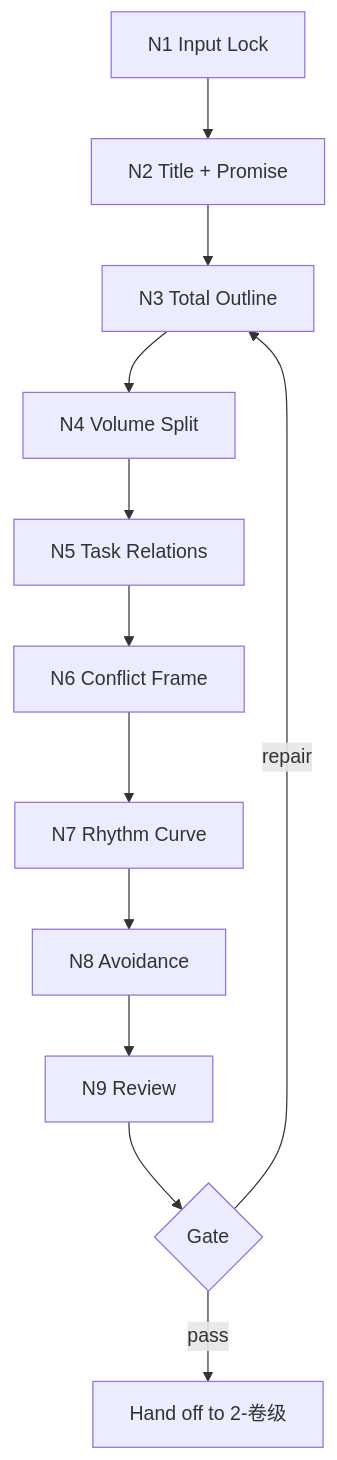
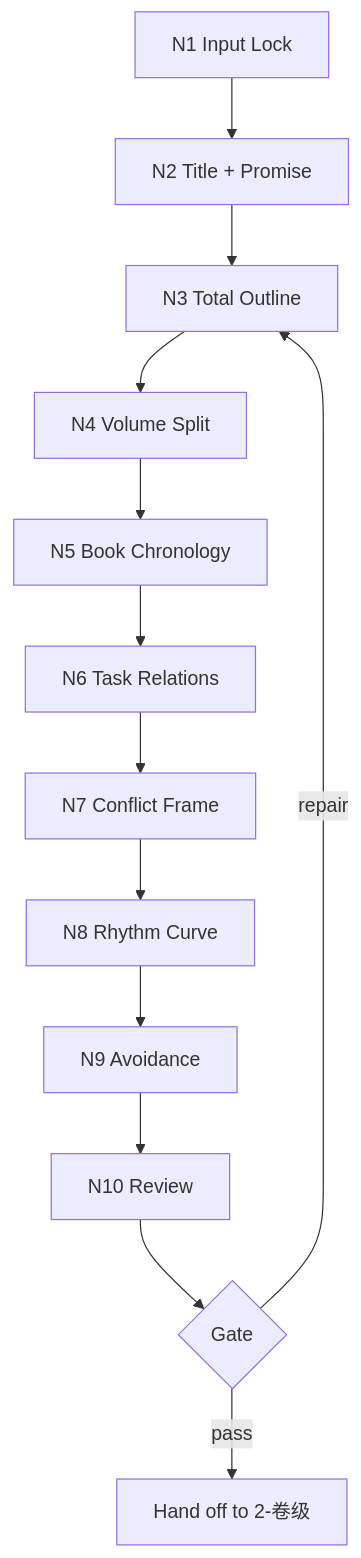
One commit to ZEN-VOID/AI-CUT changed the diagram in .agents/skills/story/2-卷章/1-部级/steps/book-level-planning-workflow.md. Above: the diagram before and after it, drawn with Mermaid. The commit also changed other lines of this file and 45 other files, not shown here.

````diff
--- a/.agents/skills/story/2-卷章/1-部级/steps/book-level-planning-workflow.md
+++ b/.agents/skills/story/2-卷章/1-部级/steps/book-level-planning-workflow.md
@@ -40,14 +42,15 @@
 ```mermaid
 flowchart TD
     A["N1 Input Lock"] --> B["N2 Title + Promise"]
     B --> C["N3 Total Outline"]
     C --> D["N4 Volume Split"]
-    D --> E["N5 Task Relations"]
-    E --> F["N6 Conflict Frame"]
-    F --> G["N7 Rhythm Curve"]
-    G --> H["N8 Avoidance"]
-    H --> I["N9 Review"]
-    I --> J{"Gate"}
-    J -->|"pass"| K["Hand off to 2-卷级"]
-    J -->|"repair"| C
+    D --> E["N5 Book Chronology"]
+    E --> F["N6 Task Relations"]
+    F --> G["N7 Conflict Frame"]
+    G --> H["N8 Rhythm Curve"]
+    H --> I["N9 Avoidance"]
+    I --> J["N10 Review"]
+    J --> K{"Gate"}
+    K -->|"pass"| L["Hand off to 2-卷级"]
+    K -->|"repair"| C
 ```
````
